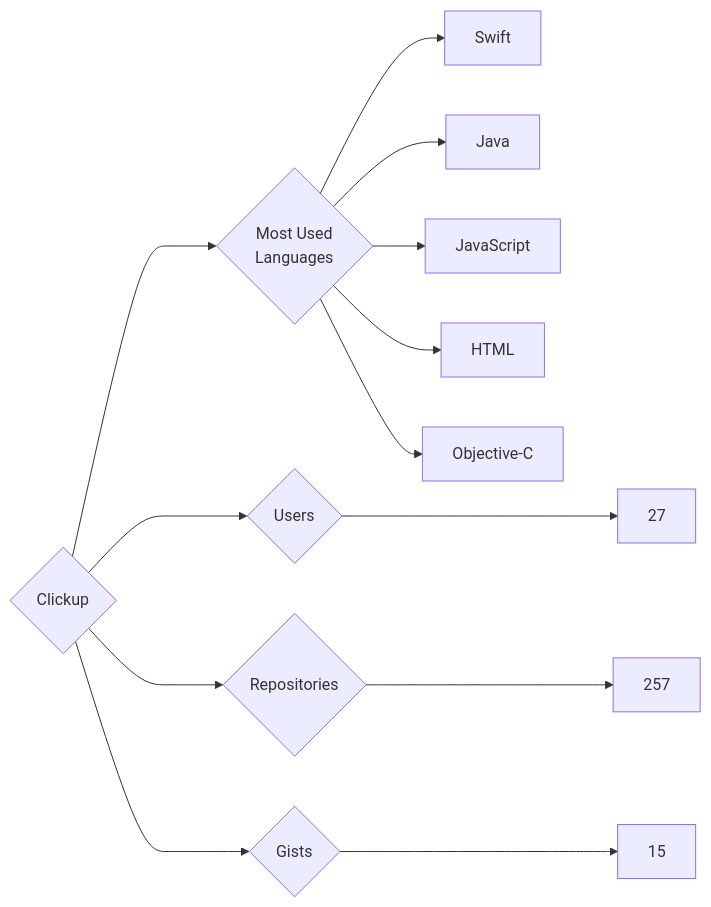
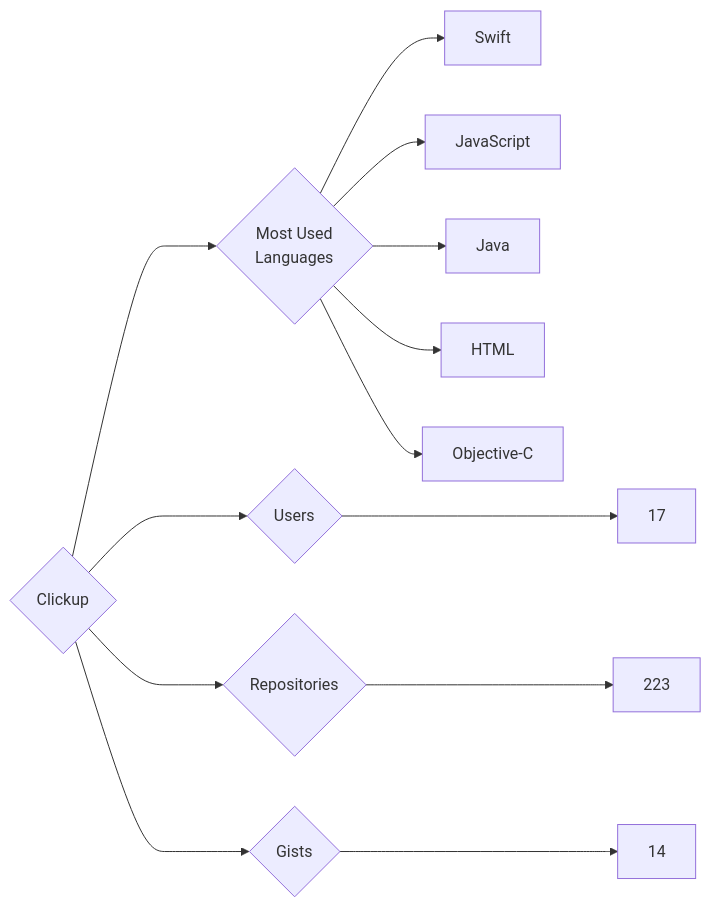
The diagram in targets/Clickup/README.md (trickest/insiders), drawn with Mermaid before and after one commit. The commit also changed 891 other files, not shown here.

````diff
--- a/targets/Clickup/README.md
+++ b/targets/Clickup/README.md
@@ -3,13 +3,13 @@
 ```mermaid
 graph LR
 COMPANY_NAME{Clickup}
-COMPANY_NAME ---> U{Users} ---> UN[27]
-COMPANY_NAME ---> R{Repositories} ---> RN[257]
-COMPANY_NAME ---> G{Gists} ---> GN[15]
+COMPANY_NAME ---> U{Users} ---> UN[17]
+COMPANY_NAME ---> R{Repositories} ---> RN[223]
+COMPANY_NAME ---> G{Gists} ---> GN[14]
 COMPANY_NAME ---> ML{Most Used<br>Languages}
 ML --> Swift[Swift]
+ML --> JavaScript[JavaScript]
 ML --> Java[Java]
-ML --> JavaScript[JavaScript]
 ML --> HTML[HTML]
 ML --> Objective-C[Objective-C]
 ```
````
